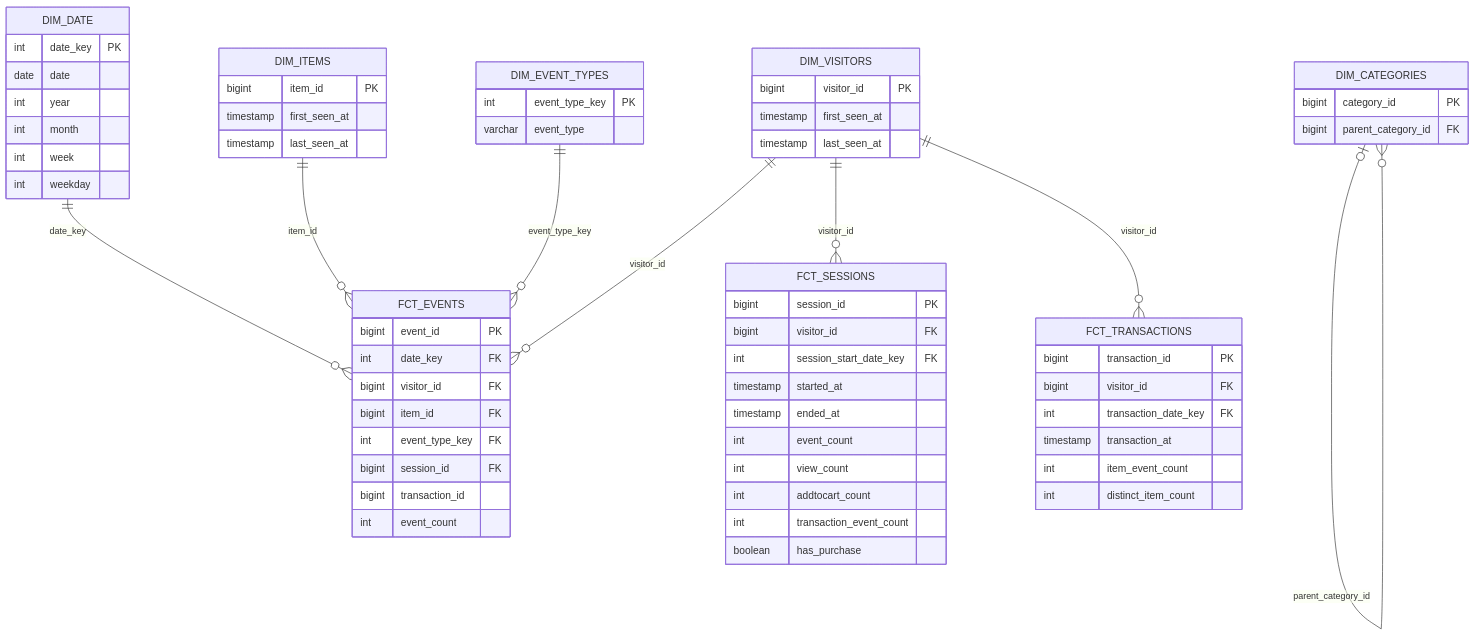
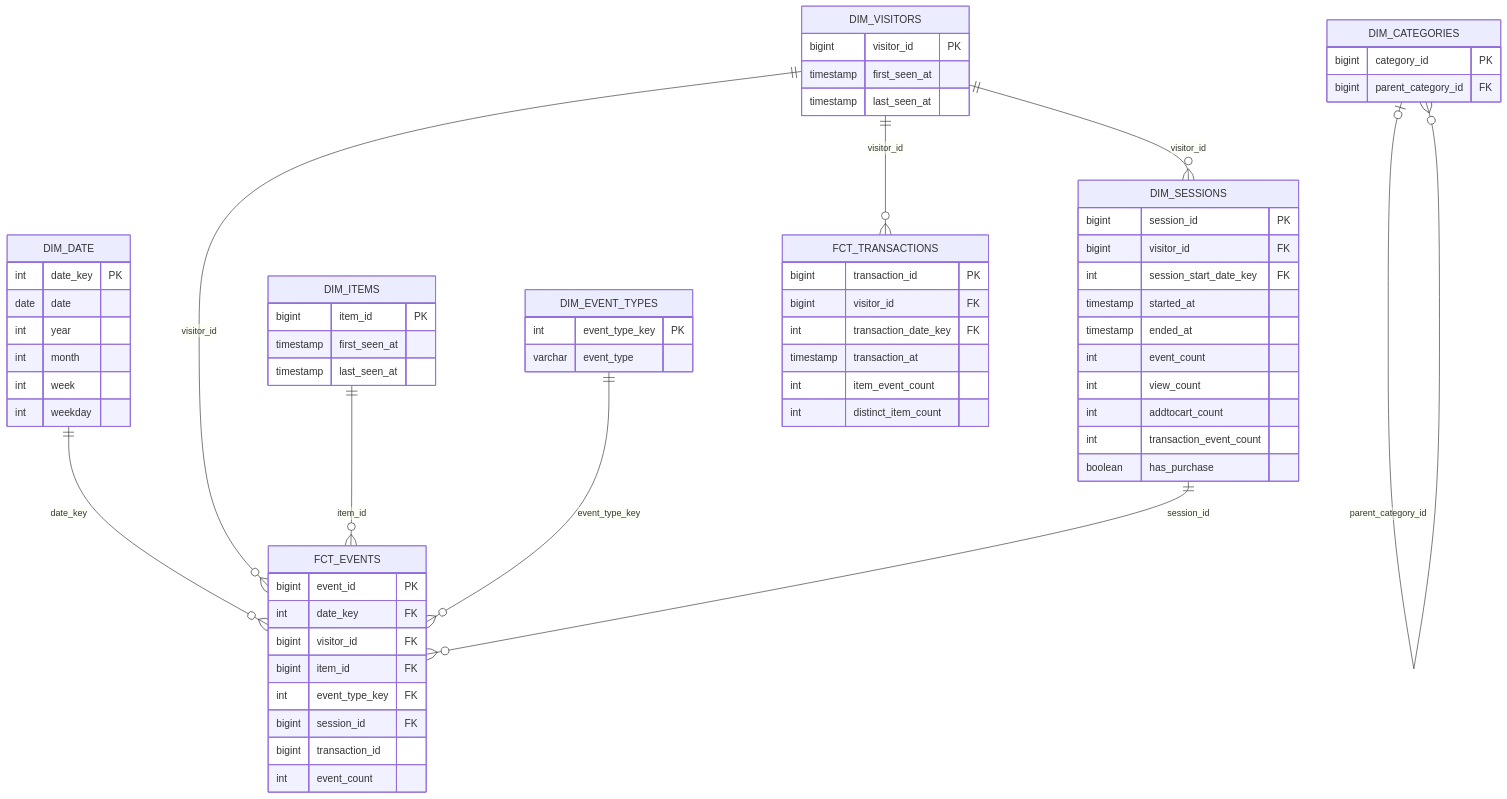
Before and after one commit to whunotexplain/marketplace-product-analytics: the diagram in docs/erd.mmd, drawn with Mermaid.

Commit message:
docs: align session modeling with dimensional schema

```diff
--- a/docs/erd.mmd
+++ b/docs/erd.mmd
@@ -1,78 +1,79 @@
 erDiagram
     DIM_DATE ||--o{ FCT_EVENTS : date_key
     DIM_VISITORS ||--o{ FCT_EVENTS : visitor_id
     DIM_ITEMS ||--o{ FCT_EVENTS : item_id
     DIM_EVENT_TYPES ||--o{ FCT_EVENTS : event_type_key
 
-    DIM_VISITORS ||--o{ FCT_SESSIONS : visitor_id
+    DIM_VISITORS ||--o{ DIM_SESSIONS : visitor_id
+    DIM_SESSIONS ||--o{ FCT_EVENTS : session_id
     DIM_VISITORS ||--o{ FCT_TRANSACTIONS : visitor_id
 
     DIM_CATEGORIES o|--o{ DIM_CATEGORIES : parent_category_id
 
     DIM_DATE {
         int date_key PK
         date date
         int year
         int month
         int week
         int weekday
     }
 
     DIM_VISITORS {
         bigint visitor_id PK
         timestamp first_seen_at
         timestamp last_seen_at
     }
 
     DIM_ITEMS {
         bigint item_id PK
         timestamp first_seen_at
         timestamp last_seen_at
     }
 
     DIM_EVENT_TYPES {
         int event_type_key PK
         varchar event_type
     }
 
     DIM_CATEGORIES {
         bigint category_id PK
         bigint parent_category_id FK
     }
 
     FCT_EVENTS {
         bigint event_id PK
         int date_key FK
         bigint visitor_id FK
         bigint item_id FK
         int event_type_key FK
         bigint session_id FK
         bigint transaction_id
         int event_count
     }
 
-    FCT_SESSIONS {
+    DIM_SESSIONS {
         bigint session_id PK
         bigint visitor_id FK
         int session_start_date_key FK
         timestamp started_at
         timestamp ended_at
         int event_count
         int view_count
         int addtocart_count
         int transaction_event_count
         boolean has_purchase
     }
 
     FCT_TRANSACTIONS {
         bigint transaction_id PK
         bigint visitor_id FK
         int transaction_date_key FK
         timestamp transaction_at
         int item_event_count
         int distinct_item_count
     }
 
     %% No DIM_ITEMS -> DIM_CATEGORIES relationship:
     %% current source files do not prove item-to-category mapping.
     %% transaction_id in FCT_EVENTS is a degenerate dimension.
```
